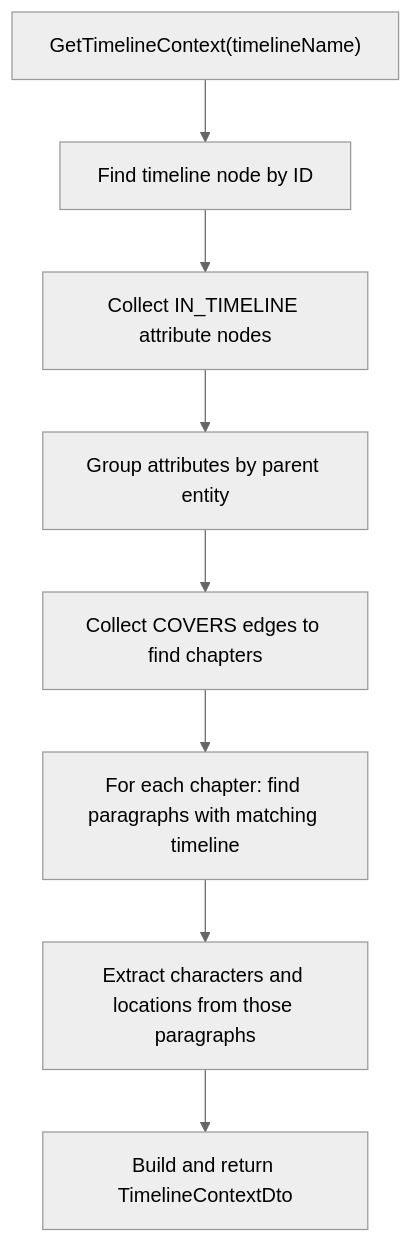
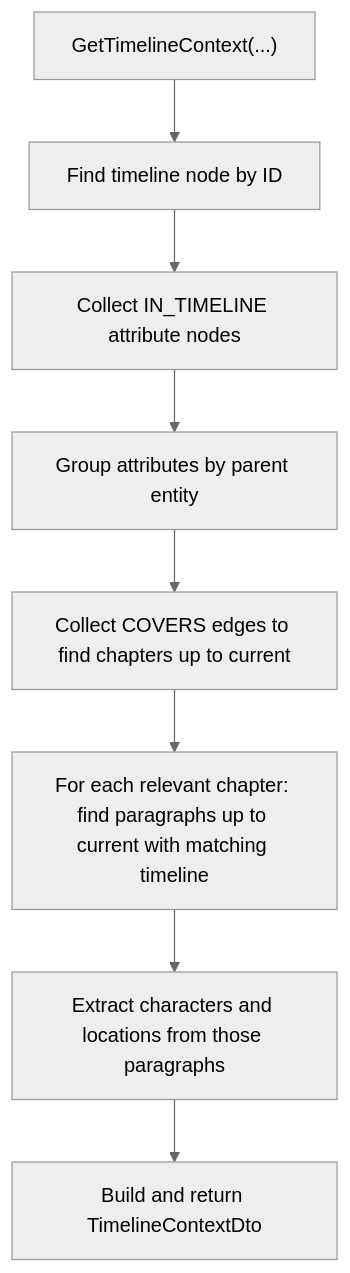
Before and after one commit to AIStoryBuilders/AIStoryBuilders: the fourth of 11 diagrams in docs/timeline-aware-graph-retrieval-plan.md, drawn with Mermaid (neutral theme). The commit also changed other lines of this file and 11 other files, not shown here.

First line of the commit message:
Timeline-aware context and summary for AI paragraph gen

````diff
--- a/docs/timeline-aware-graph-retrieval-plan.md
+++ b/docs/timeline-aware-graph-retrieval-plan.md
@@ -180,10 +180,10 @@
 ```mermaid
 flowchart TD
-    A["GetTimelineContext(timelineName)"] --> B["Find timeline node by ID"]
+    A["GetTimelineContext(...)"] --> B["Find timeline node by ID"]
     B --> C["Collect IN_TIMELINE attribute nodes"]
     C --> D["Group attributes by parent entity"]
-    D --> E["Collect COVERS edges to find chapters"]
-    E --> F["For each chapter: find paragraphs with matching timeline"]
+    D --> E["Collect COVERS edges to find chapters up to current"]
+    E --> F["For each relevant chapter: find paragraphs up to current with matching timeline"]
     F --> G["Extract characters and locations from those paragraphs"]
     G --> H["Build and return TimelineContextDto"]
 ```
````
